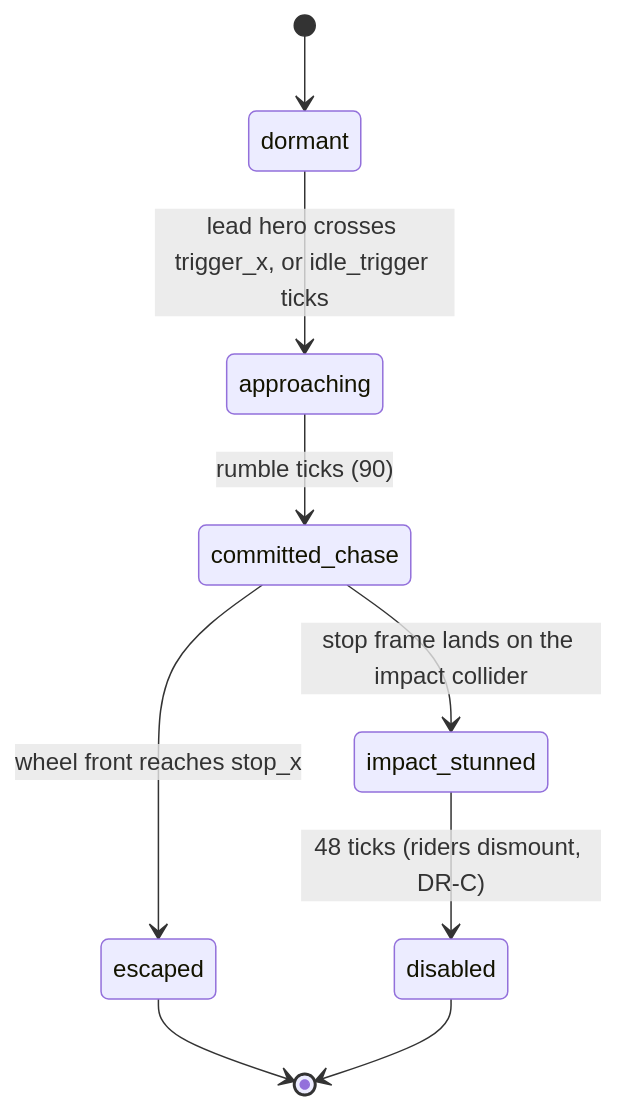
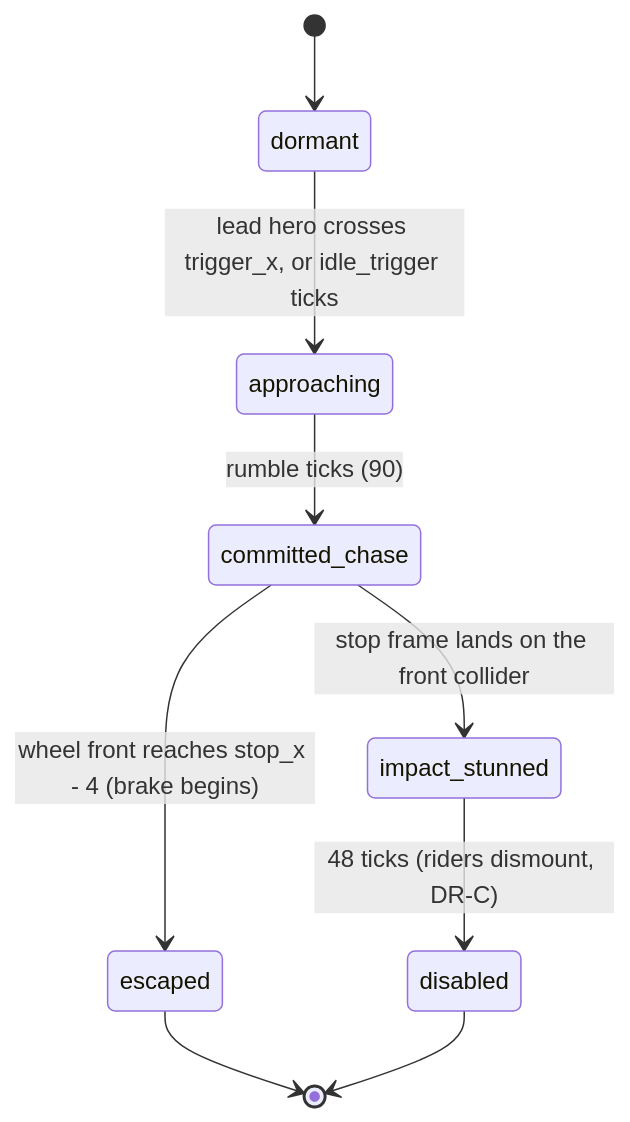
One commit to pando85/dungeon-floorbreak changed the diagram in docs/01-design/enemy-gameplay-dozer.md. Above: the diagram before and after it, drawn with Mermaid. The commit also changed other lines of this file and 1 other file, not shown here.

Commit message:
docs(f01): DOZER-CORE note revision 1 (review of #273: rescue beyond stop_x, regroup asserts and CA2-DZ trigger, drawn buffer stop and brake-only escaped wheel, front impact collider, IDs and plan amendments)

````diff
--- a/docs/01-design/enemy-gameplay-dozer.md
+++ b/docs/01-design/enemy-gameplay-dozer.md
@@ -53,11 +93,11 @@
 ```mermaid
 stateDiagram-v2
     [*] --> dormant
     dormant --> approaching: lead hero crosses trigger_x, or idle_trigger ticks
     approaching --> committed_chase: rumble ticks (90)
-    committed_chase --> escaped: wheel front reaches stop_x
-    committed_chase --> impact_stunned: stop frame lands on the impact collider
+    committed_chase --> escaped: wheel front reaches stop_x - 4 (brake begins)
+    committed_chase --> impact_stunned: stop frame lands on the front collider
     impact_stunned --> disabled: 48 ticks (riders dismount, DR-C)
     escaped --> [*]
     disabled --> [*]
 ```
````
